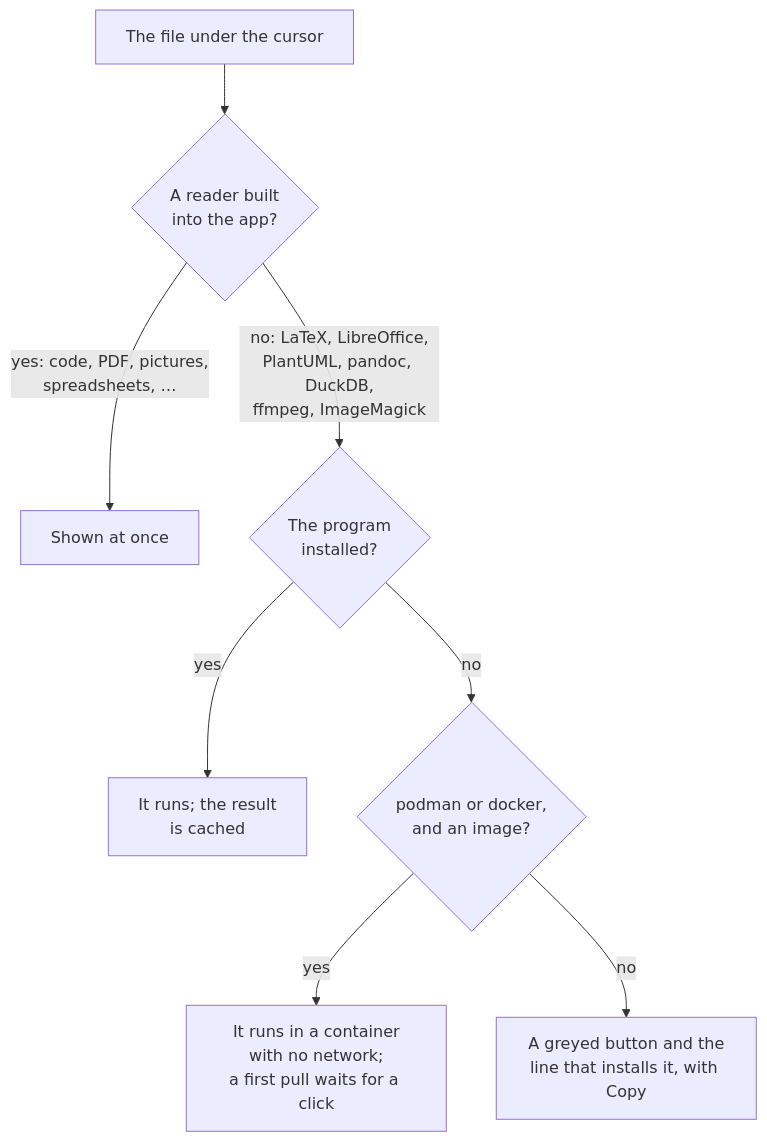
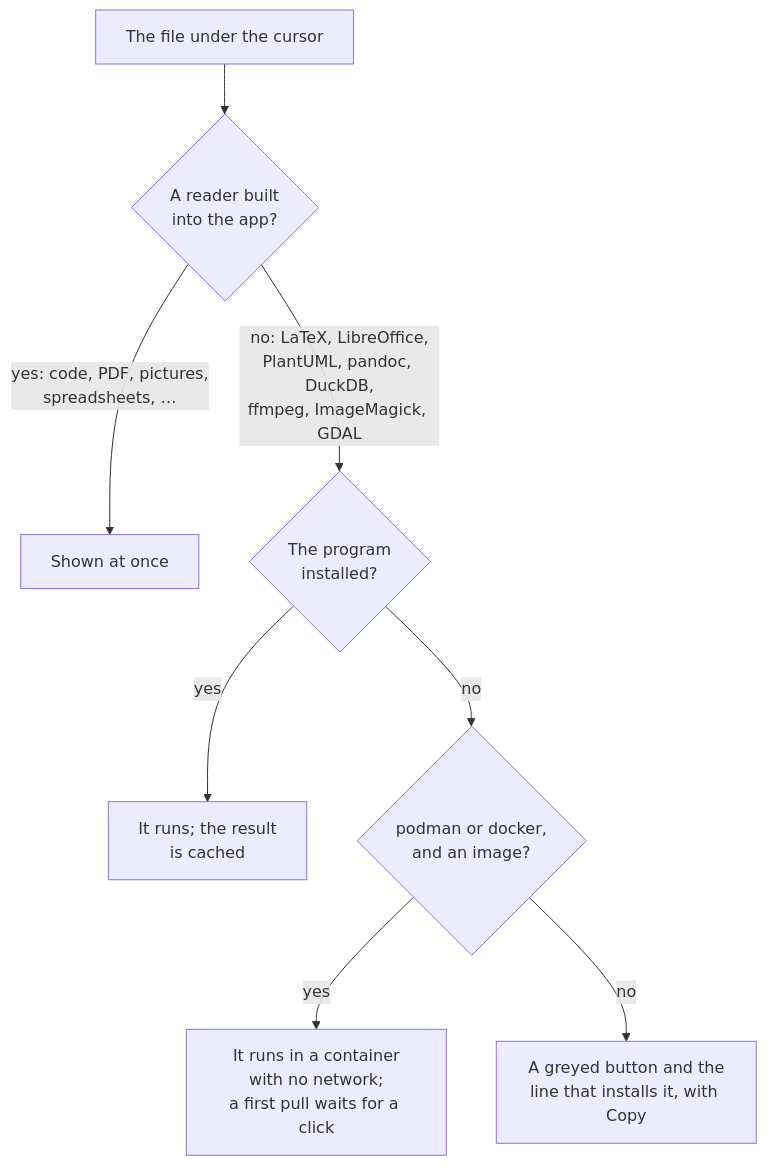
The diagram in docs/previews/README.md (mwo-dk/coxswain), drawn with Mermaid before and after one commit. The commit also changed other lines of this file and 72 other files, not shown here.

Commit message:
Geodata: maps of GeoPackage, shapefile, GeoJSON, KML, GPX and GeoTIFF files from their own shapes, their facts and a GPX track's length and time, and Convert geodata, by GDAL installed or in its pinned image

````diff
--- a/docs/previews/README.md
+++ b/docs/previews/README.md
@@ -24,10 +24,10 @@
 ```mermaid
 flowchart TD
   file[The file under the cursor] --> own{A reader built<br/>into the app?}
   own -->|yes: code, PDF, pictures,<br/>spreadsheets, …| shown[Shown at once]
-  own -->|no: LaTeX, LibreOffice,<br/>PlantUML, pandoc, DuckDB,<br/>ffmpeg, ImageMagick| tool{The program<br/>installed?}
+  own -->|no: LaTeX, LibreOffice,<br/>PlantUML, pandoc, DuckDB,<br/>ffmpeg, ImageMagick, GDAL| tool{The program<br/>installed?}
   tool -->|yes| run[It runs; the result<br/>is cached]
   tool -->|no| box{podman or docker,<br/>and an image?}
   box -->|yes| cont[It runs in a container<br/>with no network;<br/>a first pull waits for a click]
   box -->|no| none[A greyed button and the<br/>line that installs it, with Copy]
 ```
````
